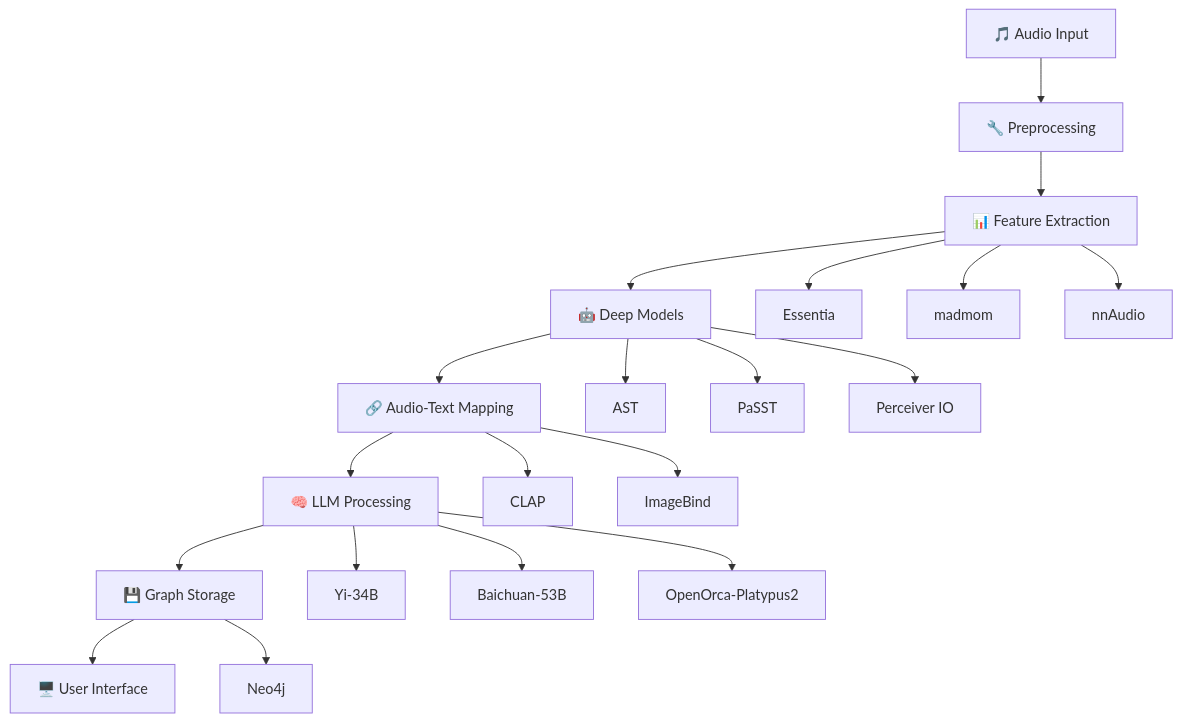
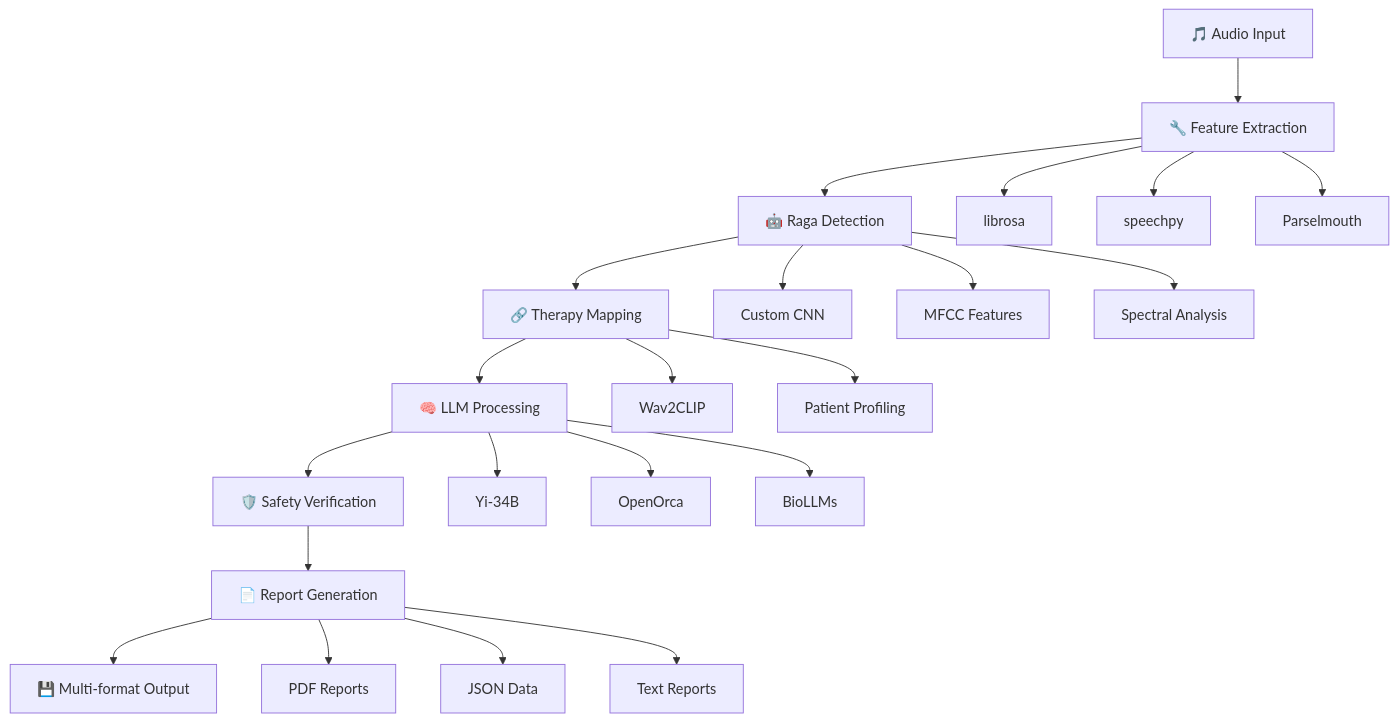
One commit to ArnavGhosh999/SurSoothe changed the diagram in README.md. Above: the diagram before and after it, drawn with Mermaid. The commit also changed other lines of this file, not shown here.

````diff
--- a/README.md
+++ b/README.md
@@ -133,27 +142,29 @@
 ```mermaid
 graph TD
-    A[🎵 Audio Input] --> B[🔧 Preprocessing]
-    B --> C[📊 Feature Extraction]
-    C --> D[🤖 Deep Models]
-    D --> E[🔗 Audio-Text Mapping]
-    E --> F[🧠 LLM Processing]
-    F --> G[💾 Graph Storage]
-    G --> H[🖥️ User Interface]
+    A[🎵 Audio Input] --> B[🔧 Feature Extraction]
+    B --> C[🤖 Raga Detection]
+    C --> D[🔗 Therapy Mapping]
+    D --> E[🧠 LLM Processing]
+    E --> F[🛡️ Safety Verification]
+    F --> G[📄 Report Generation]
+    G --> H[💾 Multi-format Output]
     
-    C --> C1[Essentia]
-    C --> C2[madmom]
-    C --> C3[nnAudio]
+    B --> B1[librosa]
+    B --> B2[speechpy]
+    B --> B3[Parselmouth]
     
-    D --> D1[AST]
-    D --> D2[PaSST]
-    D --> D3[Perceiver IO]
+    C --> C1[Custom CNN]
+    C --> C2[MFCC Features]
+    C --> C3[Spectral Analysis]
     
-    E --> E1[CLAP]
-    E --> E2[ImageBind]
+    D --> D1[Wav2CLIP]
+    D --> D2[Patient Profiling]
     
-    F --> F1[Yi-34B]
-    F --> F2[Baichuan-53B]
-    F --> F3[OpenOrca-Platypus2]
+    E --> E1[Yi-34B]
+    E --> E2[OpenOrca]
+    E --> E3[BioLLMs]
     
-    G --> G1[Neo4j]
+    G --> G1[PDF Reports]
+    G --> G2[JSON Data]
+    G --> G3[Text Reports]
 ```
````
